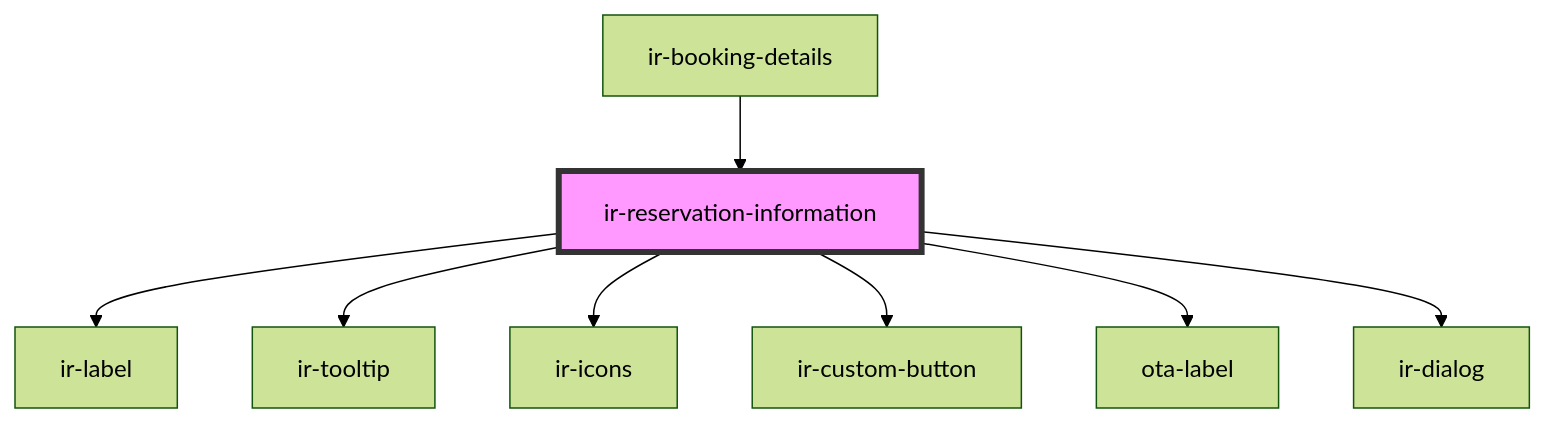
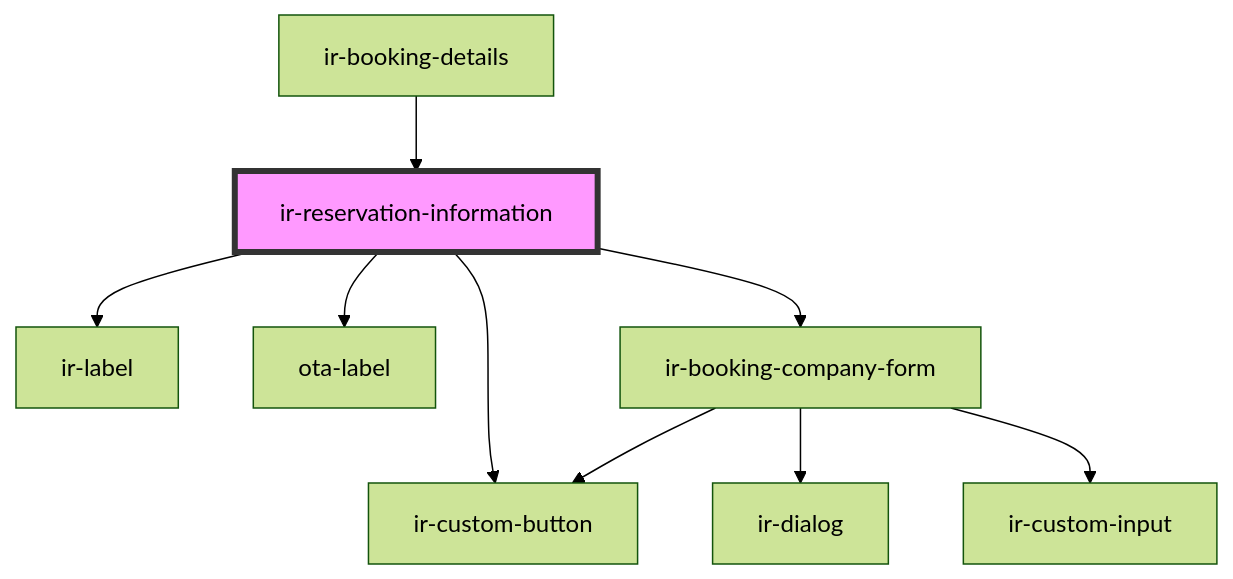
Before and after one commit to David1Chowaifaty/modified-ir-webcmp: the diagram in src/components/ir-booking-details/ir-reservation-information/readme.md, drawn with Mermaid (forest theme). The commit also changed other lines of this file and 25 other files, not shown here.

````diff
--- a/src/components/ir-booking-details/ir-reservation-information/readme.md
+++ b/src/components/ir-booking-details/ir-reservation-information/readme.md
@@ -39,11 +37,12 @@
 ```mermaid
 graph TD;
   ir-reservation-information --> ir-label
-  ir-reservation-information --> ir-tooltip
-  ir-reservation-information --> ir-icons
   ir-reservation-information --> ir-custom-button
   ir-reservation-information --> ota-label
-  ir-reservation-information --> ir-dialog
+  ir-reservation-information --> ir-booking-company-form
+  ir-booking-company-form --> ir-dialog
+  ir-booking-company-form --> ir-custom-input
+  ir-booking-company-form --> ir-custom-button
   ir-booking-details --> ir-reservation-information
   style ir-reservation-information fill:#f9f,stroke:#333,stroke-width:4px
 ```
````
